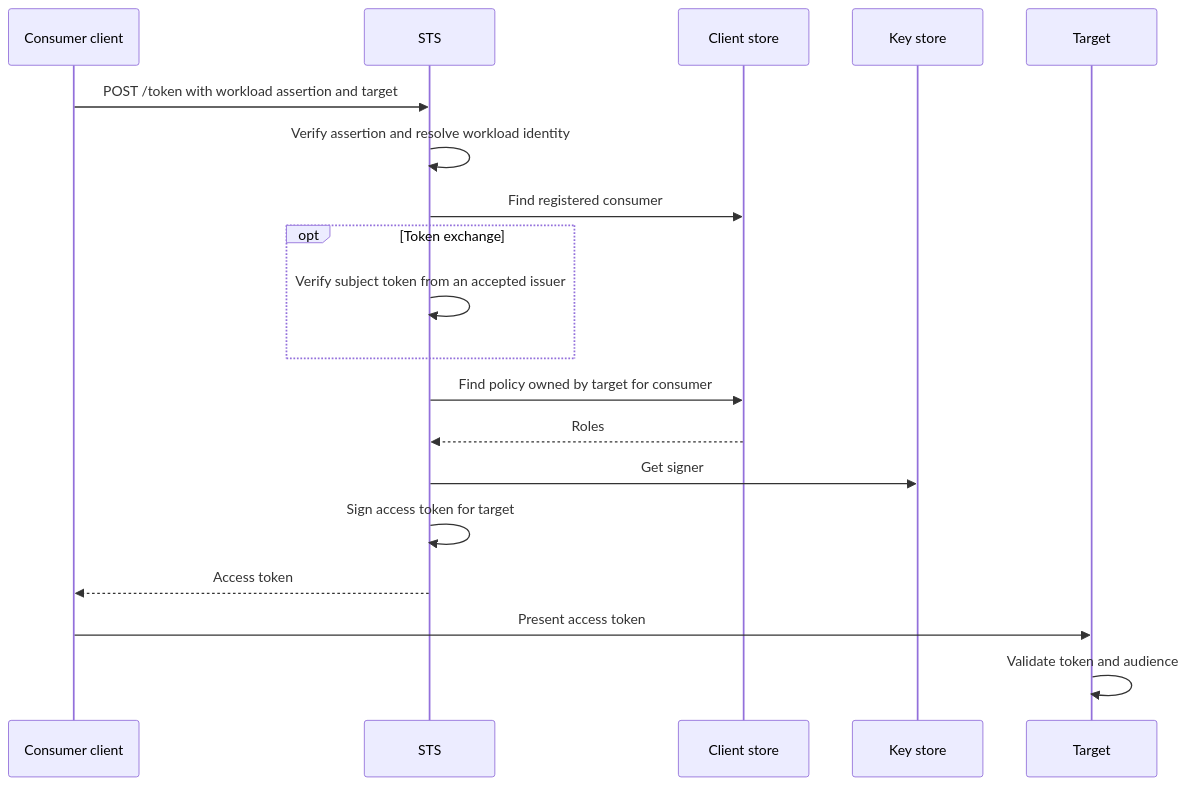
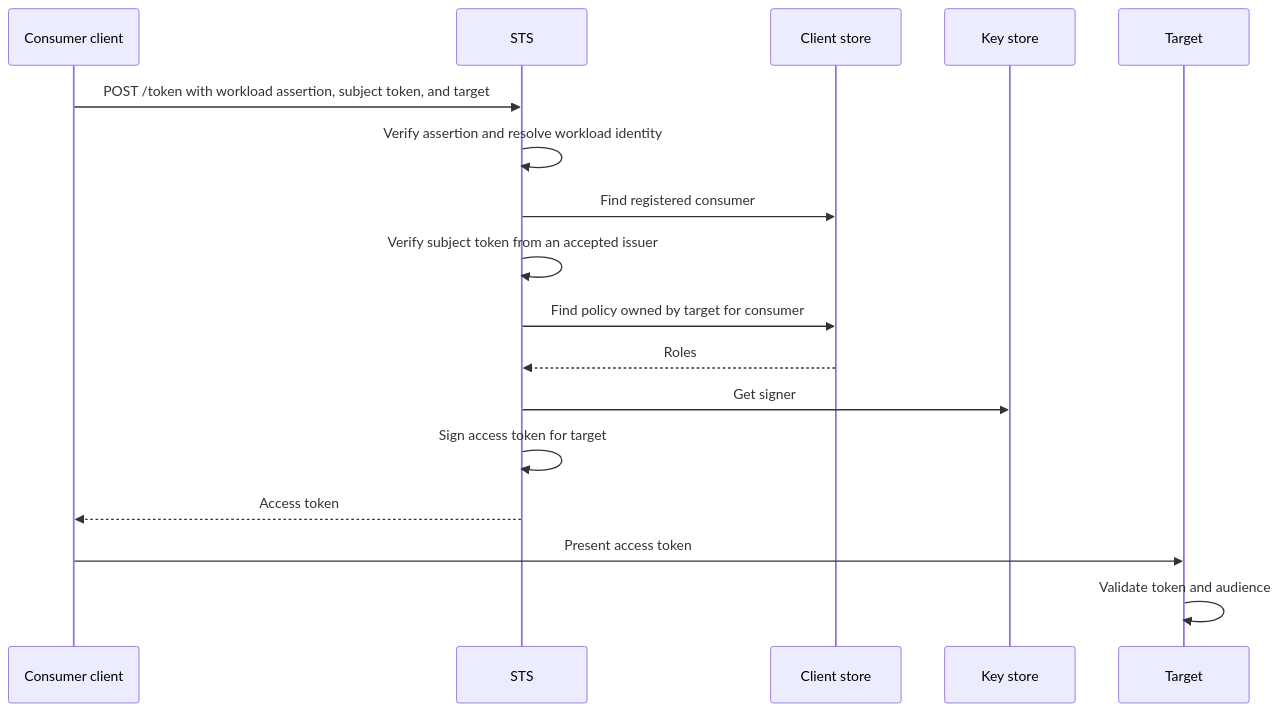
One commit to nais/sts changed the fifth of 7 diagrams in docs/architecture.md. Above: the diagram before and after it, drawn with Mermaid. The commit also changed other lines of this file and 48 other files, not shown here.

````diff
--- a/docs/architecture.md
+++ b/docs/architecture.md
@@ -137,21 +136,19 @@
 ```mermaid
 sequenceDiagram
   participant C as Consumer client
   participant S as STS
   participant P as Client store
   participant K as Key store
   participant T as Target
-  C->>S: POST /token with workload assertion and target
+  C->>S: POST /token with workload assertion, subject token, and target
   S->>S: Verify assertion and resolve workload identity
   S->>P: Find registered consumer
-  opt Token exchange
-    S->>S: Verify subject token from an accepted issuer
-  end
+  S->>S: Verify subject token from an accepted issuer
   S->>P: Find policy owned by target for consumer
   P-->>S: Roles
   S->>K: Get signer
   S->>S: Sign access token for target
   S-->>C: Access token
   C->>T: Present access token
   T->>T: Validate token and audience
 ```
````
